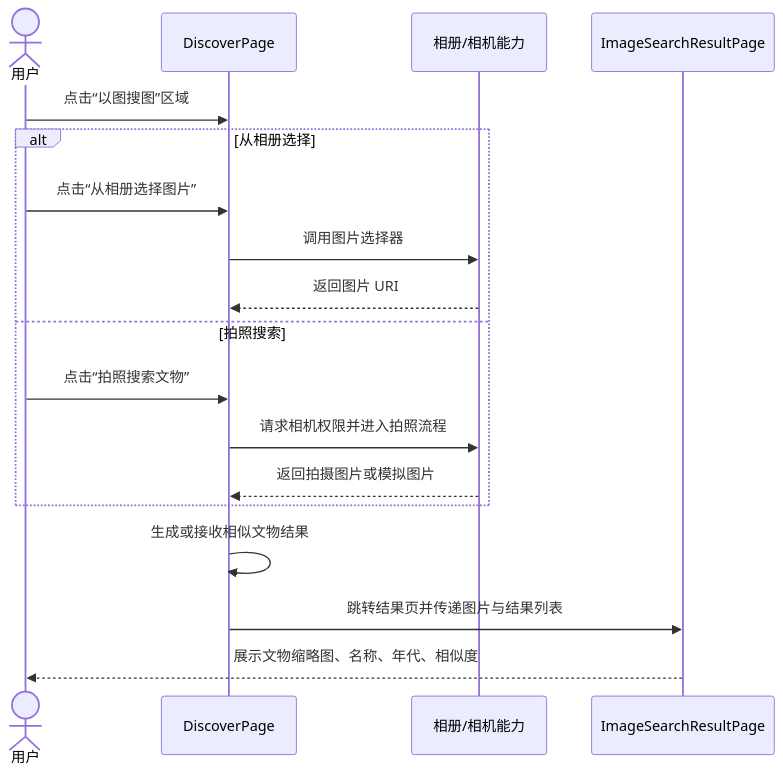
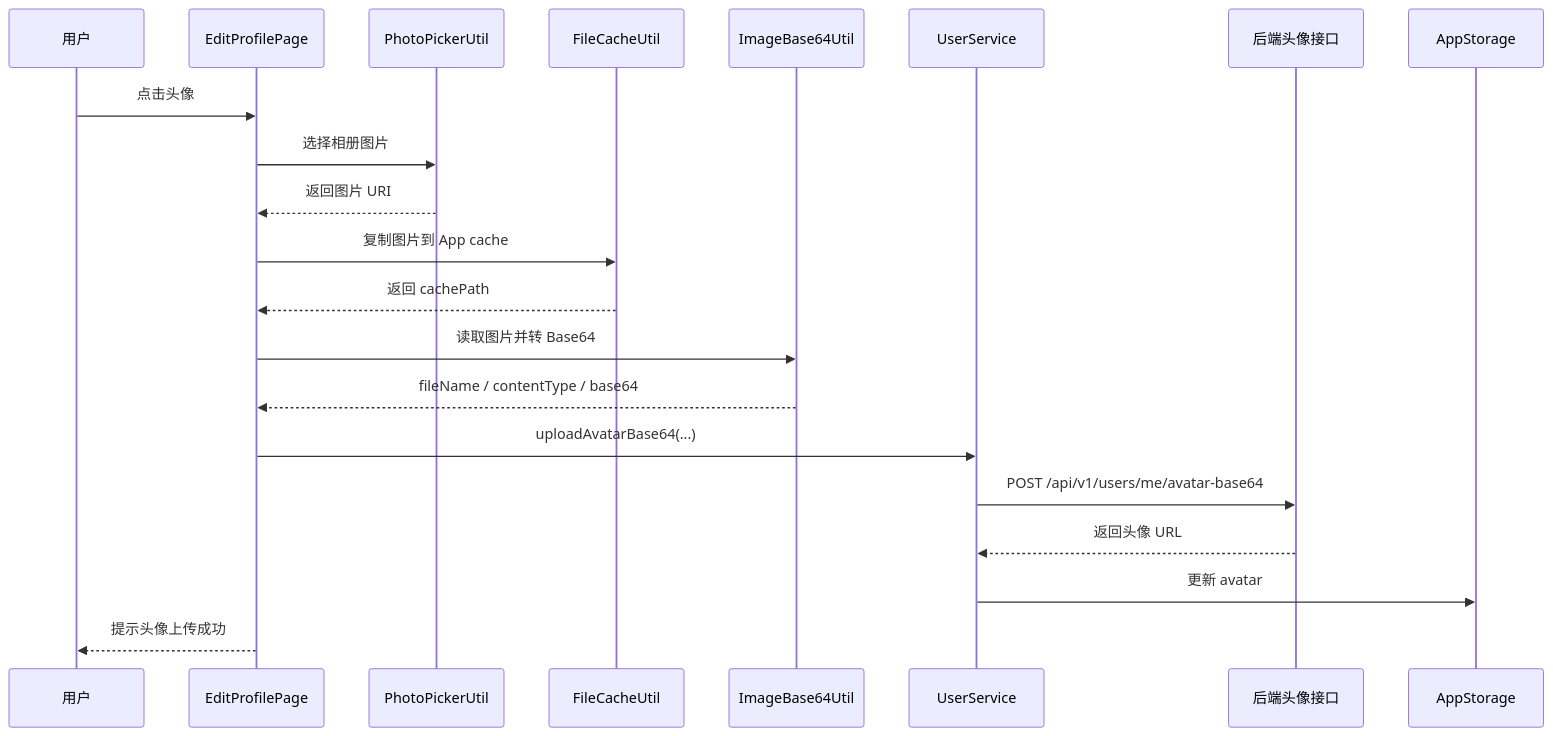
One commit to BUCT-CS2301/PalmMuseum changed diagram 15 of 18 in Doc/需求规格说明书.md. Above: the diagram before and after it, drawn with Mermaid. The commit also changed other lines of this file, not shown here.

````diff
--- a/Doc/需求规格说明书.md
+++ b/Doc/需求规格说明书.md
@@ -257,21 +1266,24 @@
 ```mermaid
 sequenceDiagram
-    actor 用户
-    participant Discover as DiscoverPage
-    participant Picker as 相册/相机能力
-    participant Result as ImageSearchResultPage
+    participant User as 用户
+    participant Edit as EditProfilePage
+    participant Picker as PhotoPickerUtil
+    participant Cache as FileCacheUtil
+    participant Base64 as ImageBase64Util
+    participant Service as UserService
+    participant API as 后端头像接口
+    participant Store as AppStorage
 
-    用户->>Discover: 点击“以图搜图”区域
-    alt 从相册选择
-        用户->>Discover: 点击“从相册选择图片”
-        Discover->>Picker: 调用图片选择器
-        Picker-->>Discover: 返回图片 URI
-    else 拍照搜索
-        用户->>Discover: 点击“拍照搜索文物”
-        Discover->>Picker: 请求相机权限并进入拍照流程
-        Picker-->>Discover: 返回拍摄图片或模拟图片
-    end
-    Discover->>Discover: 生成或接收相似文物结果
-    Discover->>Result: 跳转结果页并传递图片与结果列表
-    Result-->>用户: 展示文物缩略图、名称、年代、相似度
+    User->>Edit: 点击头像
+    Edit->>Picker: 选择相册图片
+    Picker-->>Edit: 返回图片 URI
+    Edit->>Cache: 复制图片到 App cache
+    Cache-->>Edit: 返回 cachePath
+    Edit->>Base64: 读取图片并转 Base64
+    Base64-->>Edit: fileName / contentType / base64
+    Edit->>Service: uploadAvatarBase64(...)
+    Service->>API: POST /api/v1/users/me/avatar-base64
+    API-->>Service: 返回头像 URL
+    Service->>Store: 更新 avatar
+    Edit-->>User: 提示头像上传成功
 ```
````
